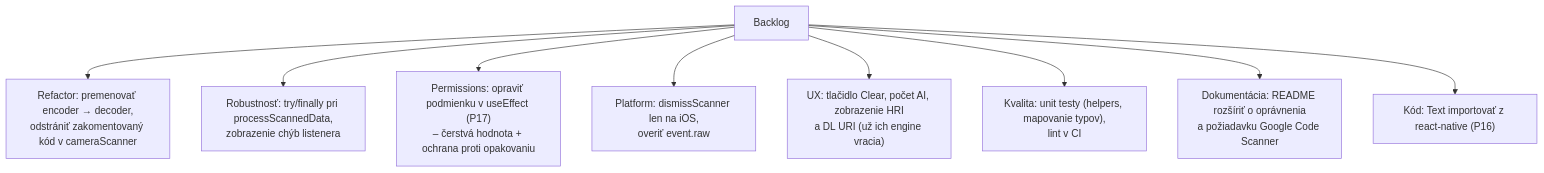
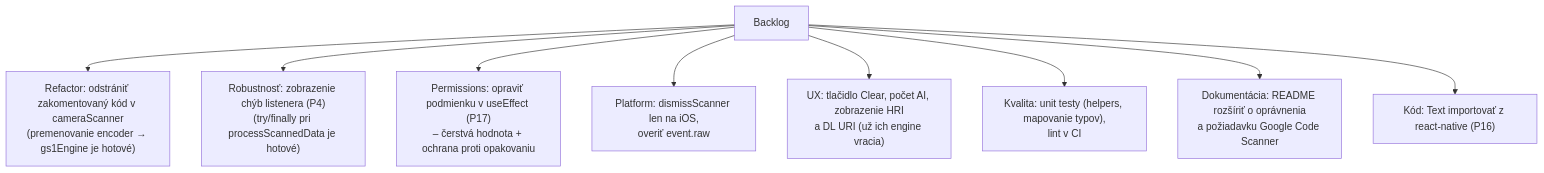
One commit to GS1SlovakiaOrg/expo-gs1-s-e-example changed the diagram in docs/08-obmedzenia-a-znama-problemy.md. Above: the diagram before and after it, drawn with Mermaid. The commit also changed other lines of this file and 7 other files, not shown here.

````diff
--- a/docs/08-obmedzenia-a-znama-problemy.md
+++ b/docs/08-obmedzenia-a-znama-problemy.md
@@ -82,11 +85,11 @@
 ```mermaid
 flowchart TD
-    B[Backlog] --> T1["Refactor: premenovať encoder → decoder,<br/>odstrániť zakomentovaný kód v cameraScanner"]
-    B --> T2["Robustnosť: try/finally pri processScannedData,<br/>zobrazenie chýb listenera"]
+    B[Backlog] --> T1["Refactor: odstrániť zakomentovaný kód v cameraScanner<br/>(premenovanie encoder → gs1Engine je hotové)"]
+    B --> T2["Robustnosť: zobrazenie chýb listenera (P4)<br/>(try/finally pri processScannedData je hotové)"]
     B --> T3["Permissions: opraviť podmienku v useEffect (P17)<br/>– čerstvá hodnota + ochrana proti opakovaniu"]
     B --> T4["Platform: dismissScanner len na iOS,<br/>overiť event.raw"]
     B --> T5["UX: tlačidlo Clear, počet AI, zobrazenie HRI<br/>a DL URI (už ich engine vracia)"]
     B --> T6["Kvalita: unit testy (helpers, mapovanie typov),<br/>lint v CI"]
     B --> T7["Dokumentácia: README rozšíriť o oprávnenia<br/>a požiadavku Google Code Scanner"]
     B --> T8["Kód: Text importovať z react-native (P16)"]
 ```
````
